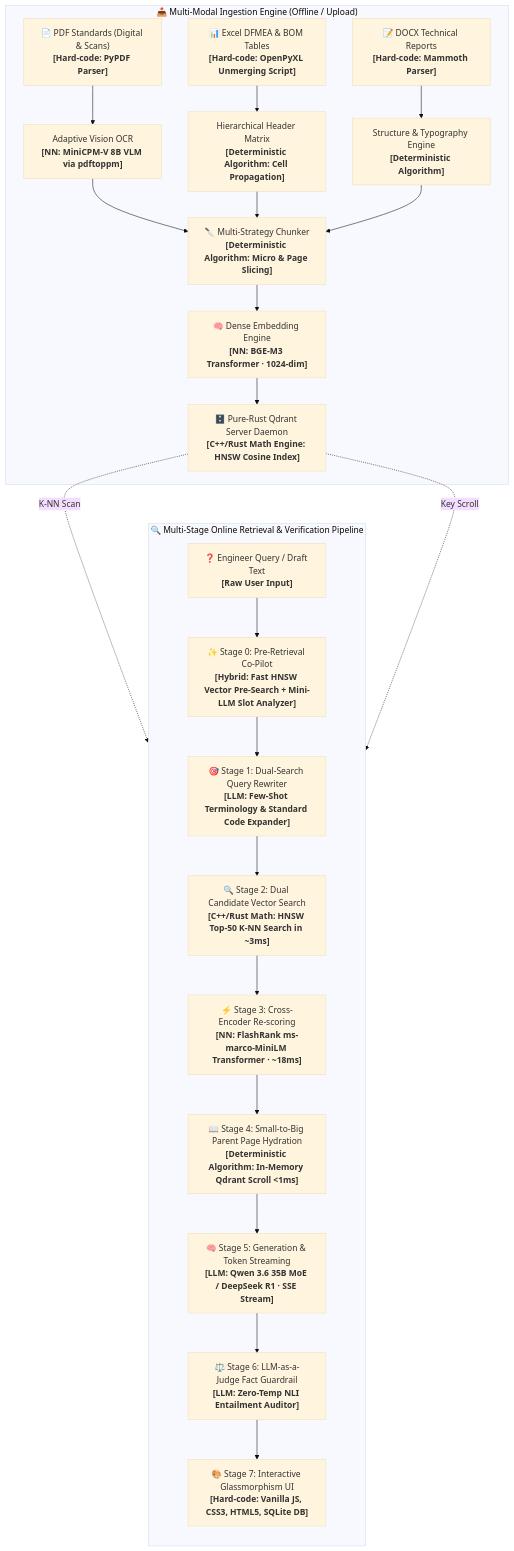
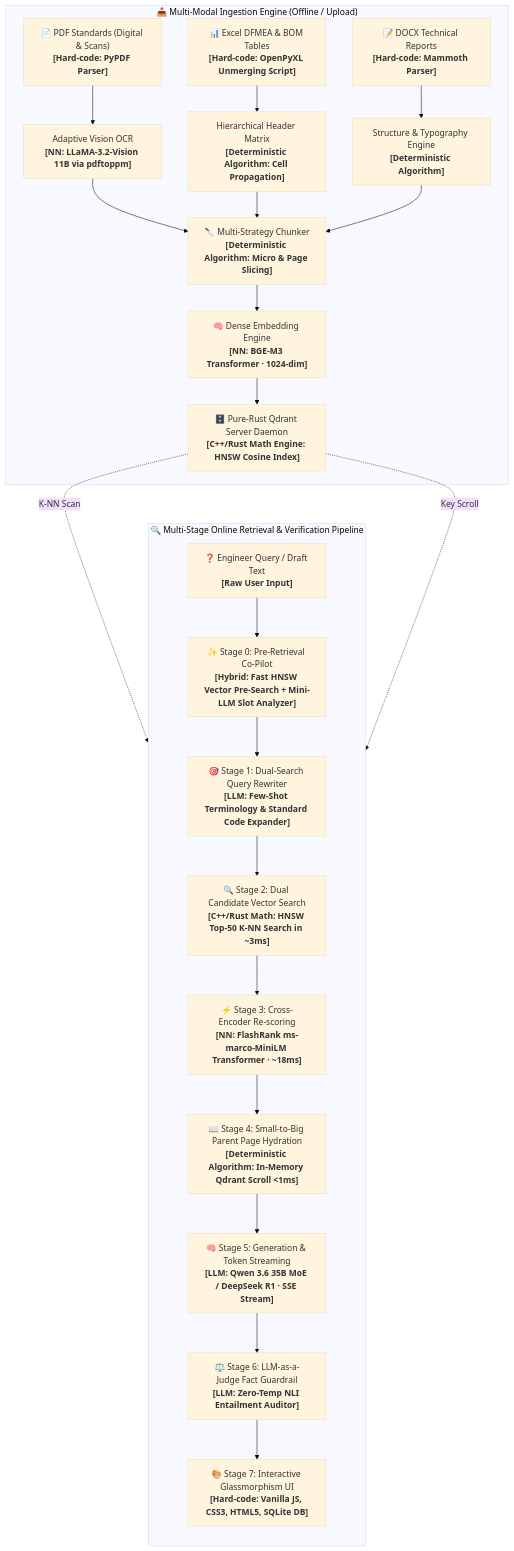
The diagram in README.md (Dynobite/Gas_Enterprise_RAG_Engine), drawn with Mermaid (base theme) before and after one commit. The commit also changed other lines of this file, not shown here.

Commit message:
docs: update README with LLaMA-3.2-Vision 11B OCR specification

````diff
--- a/README.md
+++ b/README.md
@@ -46,33 +46,33 @@
 ```mermaid
 flowchart TD
     subgraph INGESTION ["📥 Multi-Modal Ingestion Engine (Offline / Upload)"]
-        PDF["📄 PDF Standards (Digital & Scans)<br/><b>[Hard-code: PyPDF Parser]</b>"] --> OCR["Adaptive Vision OCR<br/><b>[NN: MiniCPM-V 8B VLM via pdftoppm]</b>"]
+        PDF["📄 PDF Standards (Digital & Scans)<br/><b>[Hard-code: PyPDF Parser]</b>"] --> OCR["Adaptive Vision OCR<br/><b>[NN: LLaMA-3.2-Vision 11B via pdftoppm]</b>"]
         XLS["📊 Excel DFMEA & BOM Tables<br/><b>[Hard-code: OpenPyXL Unmerging Script]</b>"] --> UNMERGE["Hierarchical Header Matrix<br/><b>[Deterministic Algorithm: Cell Propagation]</b>"]
         DOC["📝 DOCX Technical Reports<br/><b>[Hard-code: Mammoth Parser]</b>"] --> MAM["Structure & Typography Engine<br/><b>[Deterministic Algorithm]</b>"]
         
         OCR & UNMERGE & MAM --> CHUNK["🔪 Multi-Strategy Chunker<br/><b>[Deterministic Algorithm: Micro & Page Slicing]</b>"]
         CHUNK --> EMB["🧠 Dense Embedding Engine<br/><b>[NN: BGE-M3 Transformer · 1024-dim]</b>"]
         EMB --> QDR["🗄️ Pure-Rust Qdrant Server Daemon<br/><b>[C++/Rust Math Engine: HNSW Cosine Index]</b>"]
     end
 
     subgraph ONLINE ["🔍 Multi-Stage Online Retrieval & Verification Pipeline"]
         direction TB
         UQ["❓ Engineer Query / Draft Text<br/><b>[Raw User Input]</b>"] --> COPILOT["✨ Stage 0: Pre-Retrieval Co-Pilot<br/><b>[Hybrid: Fast HNSW Vector Pre-Search + Mini-LLM Slot Analyzer]</b>"]
         
         COPILOT --> REWRITE["🎯 Stage 1: Dual-Search Query Rewriter<br/><b>[LLM: Few-Shot Terminology & Standard Code Expander]</b>"]
         
         REWRITE --> DUAL["🔍 Stage 2: Dual Candidate Vector Search<br/><b>[C++/Rust Math: HNSW Top-50 K-NN Search in ~3ms]</b>"]
         QDR -.->|"K-NN Scan"| DUAL
         
         DUAL --> RERANK["⚡ Stage 3: Cross-Encoder Re-scoring<br/><b>[NN: FlashRank ms-marco-MiniLM Transformer · ~18ms]</b>"]
         
         RERANK --> HYDRATE["📖 Stage 4: Small-to-Big Parent Page Hydration<br/><b>[Deterministic Algorithm: In-Memory Qdrant Scroll <1ms]</b>"]
         QDR -.->|"Key Scroll"| HYDRATE
         
         HYDRATE --> GEN["🧠 Stage 5: Generation & Token Streaming<br/><b>[LLM: Qwen 3.6 35B MoE / DeepSeek R1 · SSE Stream]</b>"]
         
         GEN --> JUDGE["⚖️ Stage 6: LLM-as-a-Judge Fact Guardrail<br/><b>[LLM: Zero-Temp NLI Entailment Auditor]</b>"]
         
         JUDGE --> UI["🎨 Stage 7: Interactive Glassmorphism UI<br/><b>[Hard-code: Vanilla JS, CSS3, HTML5, SQLite DB]</b>"]
     end
 ```
````
